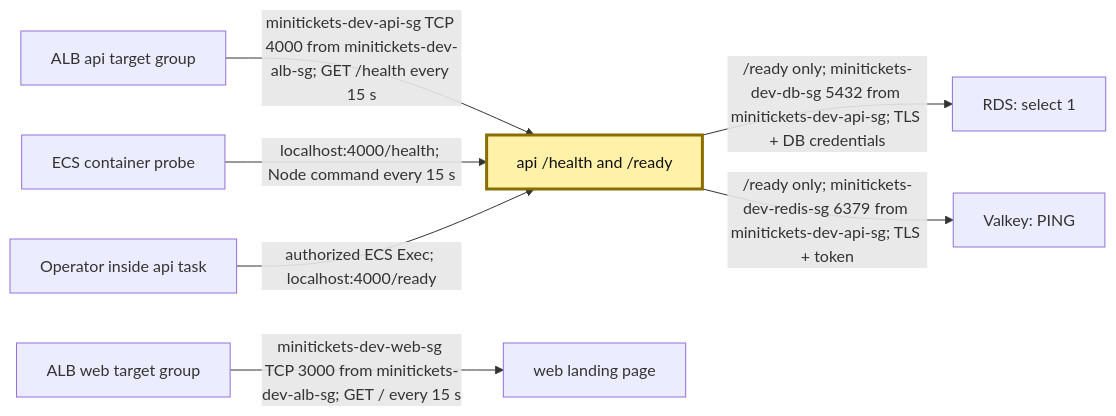
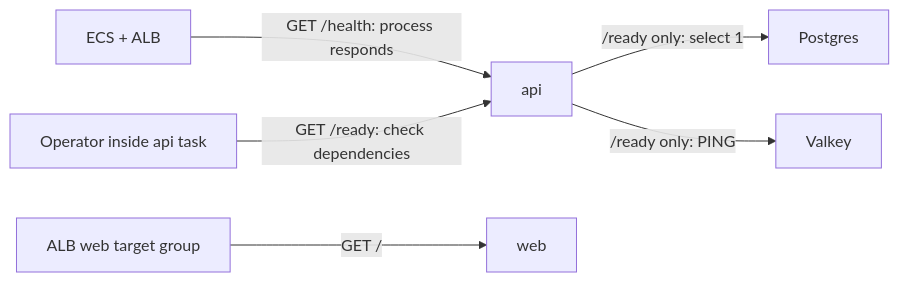
The diagram in docs/handbook/concepts/health-checks.md (maheshnd/minitickets), drawn with Mermaid before and after one commit. The commit also changed other lines of this file and 39 other files, not shown here.

````diff
--- a/docs/handbook/concepts/health-checks.md
+++ b/docs/handbook/concepts/health-checks.md
@@ -14,11 +18,8 @@
 ```mermaid
 flowchart LR
-    alb["ALB api target group"] -->|"minitickets-dev-api-sg TCP 4000 from minitickets-dev-alb-sg; GET /health every 15 s"| api["api /health and /ready"]
-    ecs["ECS container probe"] -->|"localhost:4000/health; Node command every 15 s"| api
-    human["Operator inside api task"] -->|"authorized ECS Exec; localhost:4000/ready"| api
-    api -->|"/ready only; minitickets-dev-db-sg 5432 from minitickets-dev-api-sg; TLS + DB credentials"| db["RDS: select 1"]
-    api -->|"/ready only; minitickets-dev-redis-sg 6379 from minitickets-dev-api-sg; TLS + token"| redis["Valkey: PING"]
-    webtg["ALB web target group"] -->|"minitickets-dev-web-sg TCP 3000 from minitickets-dev-alb-sg; GET / every 15 s"| web["web landing page"]
-    classDef focus fill:#fff1a8,stroke:#8a6d00,stroke-width:3px,color:#111
-    class api focus
+    checks["ECS + ALB"] -->|"GET /health: process responds"| api["api"]
+    operator["Operator inside api task"] -->|"GET /ready: check dependencies"| api
+    api -->|"/ready only: select 1"| db["Postgres"]
+    api -->|"/ready only: PING"| redis["Valkey"]
+    webcheck["ALB web target group"] -->|"GET /"| web["web"]
 ```
````
